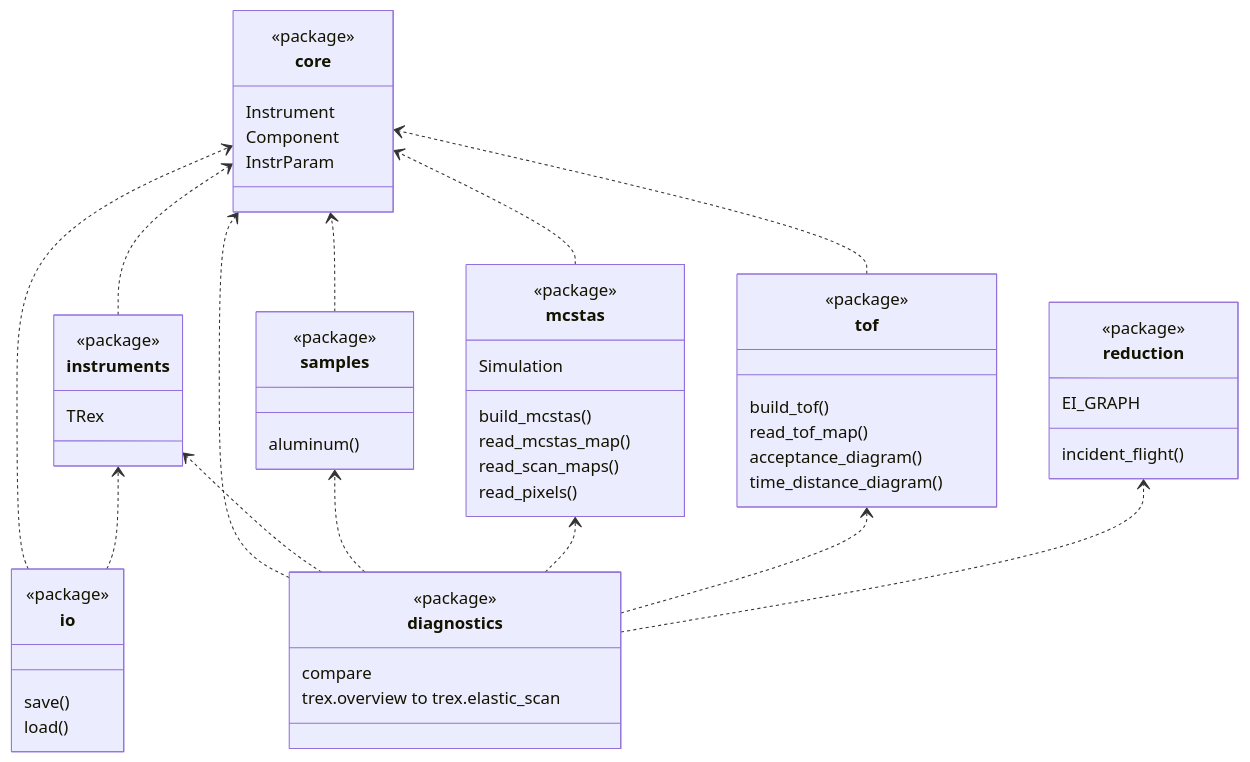
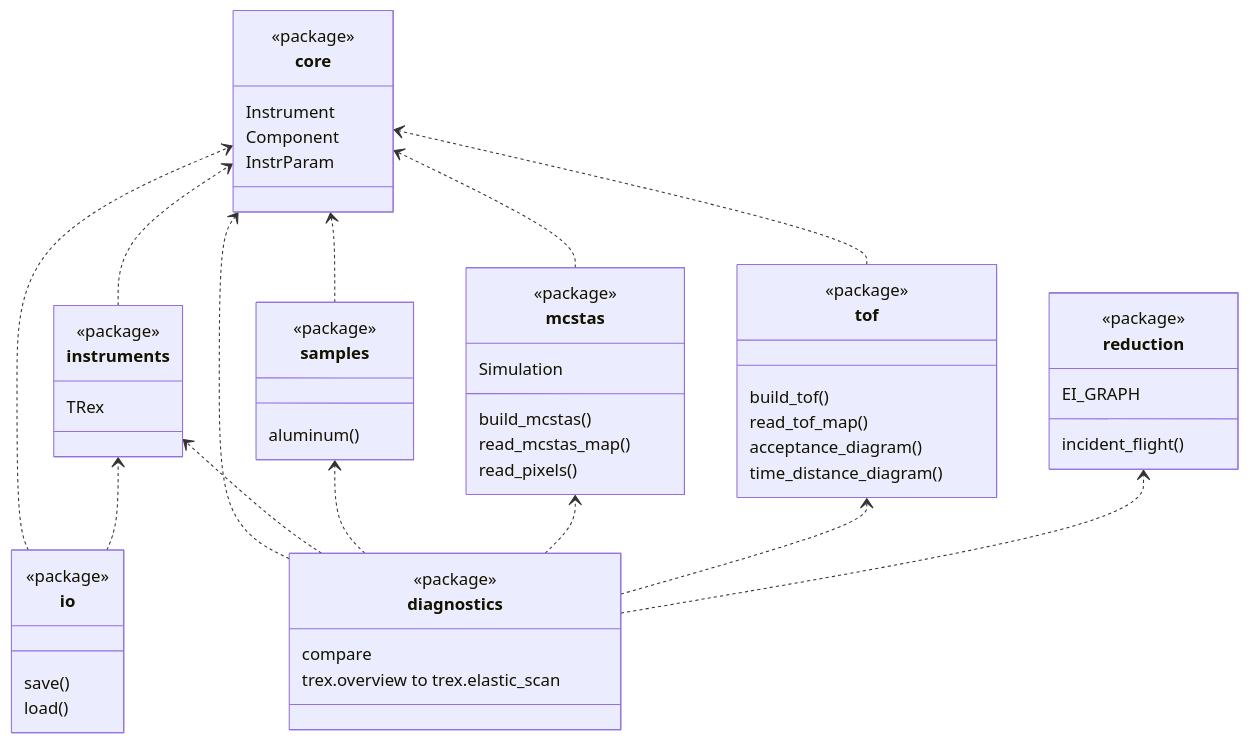
The diagram in docs/code-layout.md (bingli621/mcdgs), drawn with Mermaid before and after one commit. The commit also changed 19 other files, not shown here.

First line of the commit message:
Give read_mcstas_map the Run: a single run as McStasScript loads it, a scan with mcstastox

````diff
--- a/docs/code-layout.md
+++ b/docs/code-layout.md
@@ -23,60 +23,59 @@
 ```mermaid
 classDiagram
     direction BT
     class core {
         <<package>>
         Instrument
         Component
         InstrParam
     }
     class instruments {
         <<package>>
         TRex
     }
     class samples {
         <<package>>
         aluminum()
     }
     class mcstas {
         <<package>>
         build_mcstas()
         Simulation
         read_mcstas_map()
-        read_scan_maps()
         read_pixels()
     }
     class tof {
         <<package>>
         build_tof()
         read_tof_map()
         acceptance_diagram()
         time_distance_diagram()
     }
     class io {
         <<package>>
         save()
         load()
     }
     class reduction {
         <<package>>
         EI_GRAPH
         incident_flight()
     }
     class diagnostics {
         <<package>>
         compare
         trex.overview to trex.elastic_scan
     }
     instruments ..> core
     samples ..> core
     mcstas ..> core
     tof ..> core
     io ..> core
     io ..> instruments
     diagnostics ..> core
     diagnostics ..> instruments
     diagnostics ..> samples
     diagnostics ..> mcstas
     diagnostics ..> tof
     diagnostics ..> reduction
 ```
````
